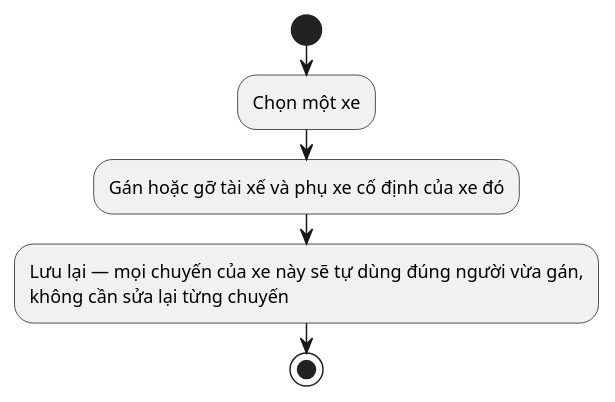
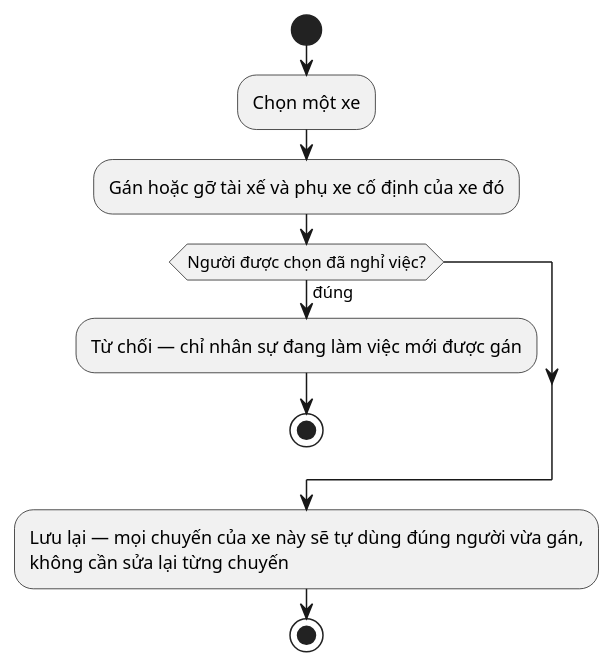
One commit to nguyenvietanhit19/Project1_HeThongQuanLyNhaXeKhachLienTinh changed diagram 44 of 48 in UML_DIAGRAMS.md. Above: the diagram before and after it, drawn with PlantUML. The commit also changed other lines of this file and 10 other files, not shown here.

````diff
--- a/UML_DIAGRAMS.md
+++ b/UML_DIAGRAMS.md
@@ -1154,9 +1216,13 @@
 ```plantuml
 @startuml AD_UC35_PhanNhanSu
 start
 :Chọn một xe;
 :Gán hoặc gỡ tài xế và phụ xe cố định của xe đó;
+if (Người được chọn đã nghỉ việc?) then (đúng)
+  :Từ chối — chỉ nhân sự đang làm việc mới được gán;
+  stop
+endif
 :Lưu lại — mọi chuyến của xe này sẽ tự dùng đúng người vừa gán,\nkhông cần sửa lại từng chuyến;
 stop
 @enduml
 ```
````
